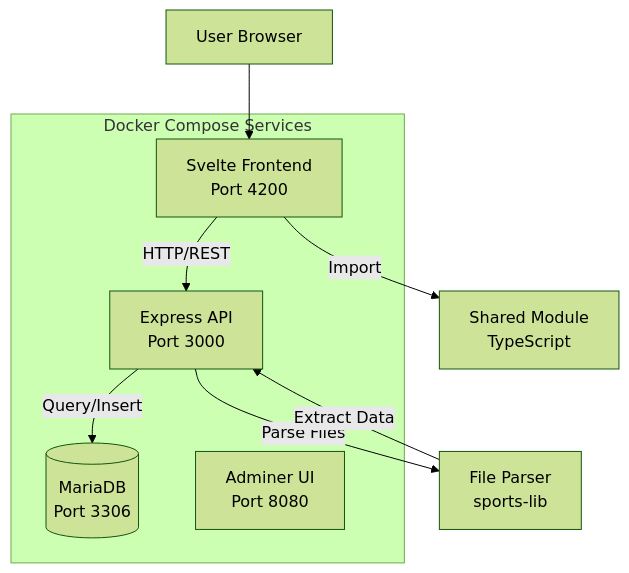
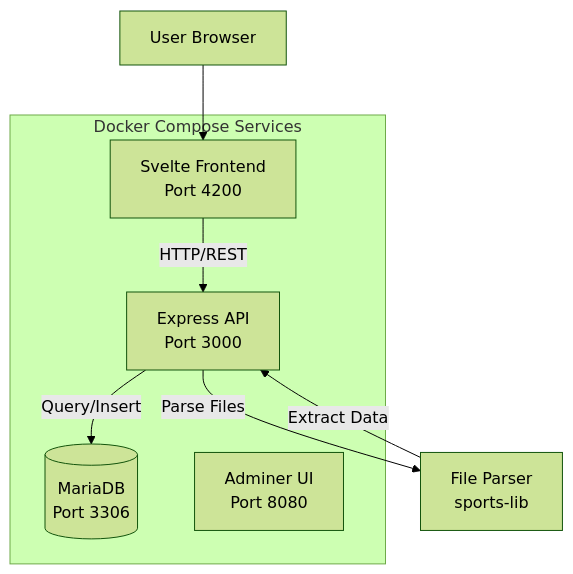
The first of 4 diagrams in docs/ARCHITECTURE.md (luispabon/OpenFitLab), drawn with Mermaid (forest theme) before and after one commit. The commit also changed other lines of this file and 3 other files, not shown here.

````diff
--- a/docs/ARCHITECTURE.md
+++ b/docs/ARCHITECTURE.md
@@ -7,16 +7,15 @@
 ```mermaid
 graph TB
     User[User Browser] --> Frontend[Svelte Frontend<br/>Port 4200]
     Frontend -->|HTTP/REST| API[Express API<br/>Port 3000]
     API -->|Parse Files| Parser[File Parser<br/>sports-lib]
     API -->|Query/Insert| DB[(MariaDB<br/>Port 3306)]
     Parser -->|Extract Data| API
-    Frontend -->|Import| Shared[Shared Module<br/>TypeScript]
     
     subgraph "Docker Compose Services"
         Frontend
         API
         DB
         Adminer[Adminer UI<br/>Port 8080]
     end
 ```
````
